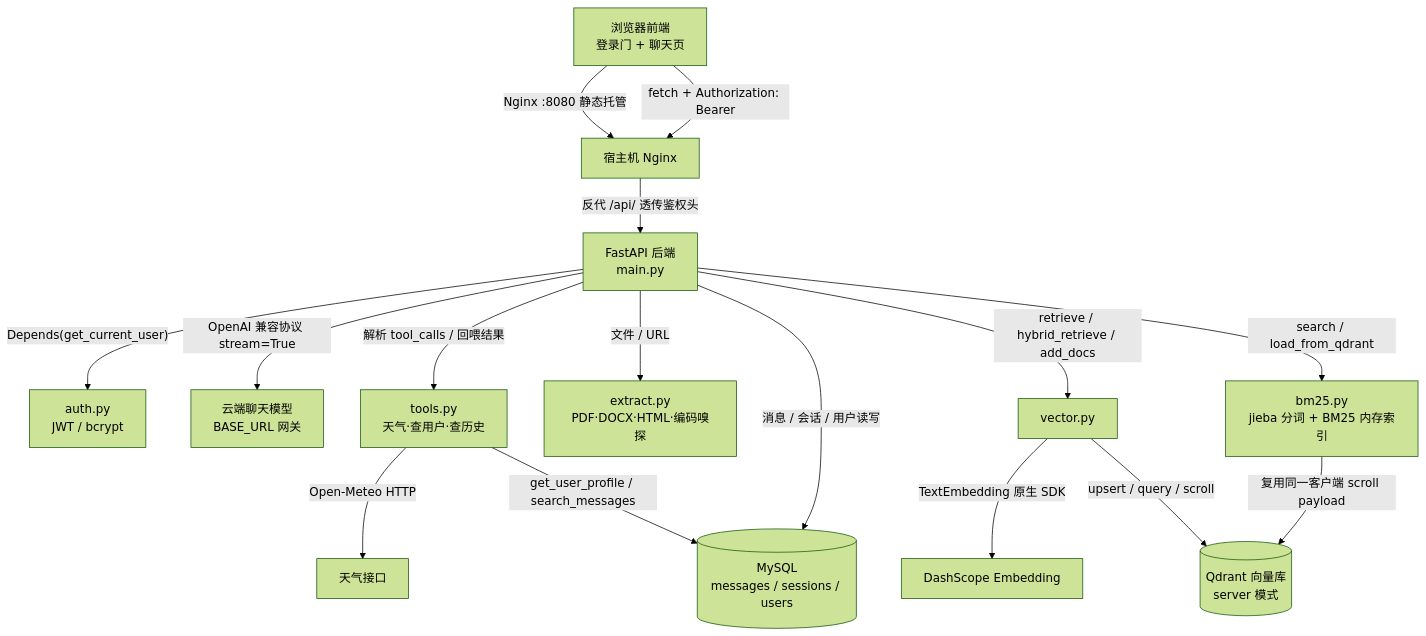
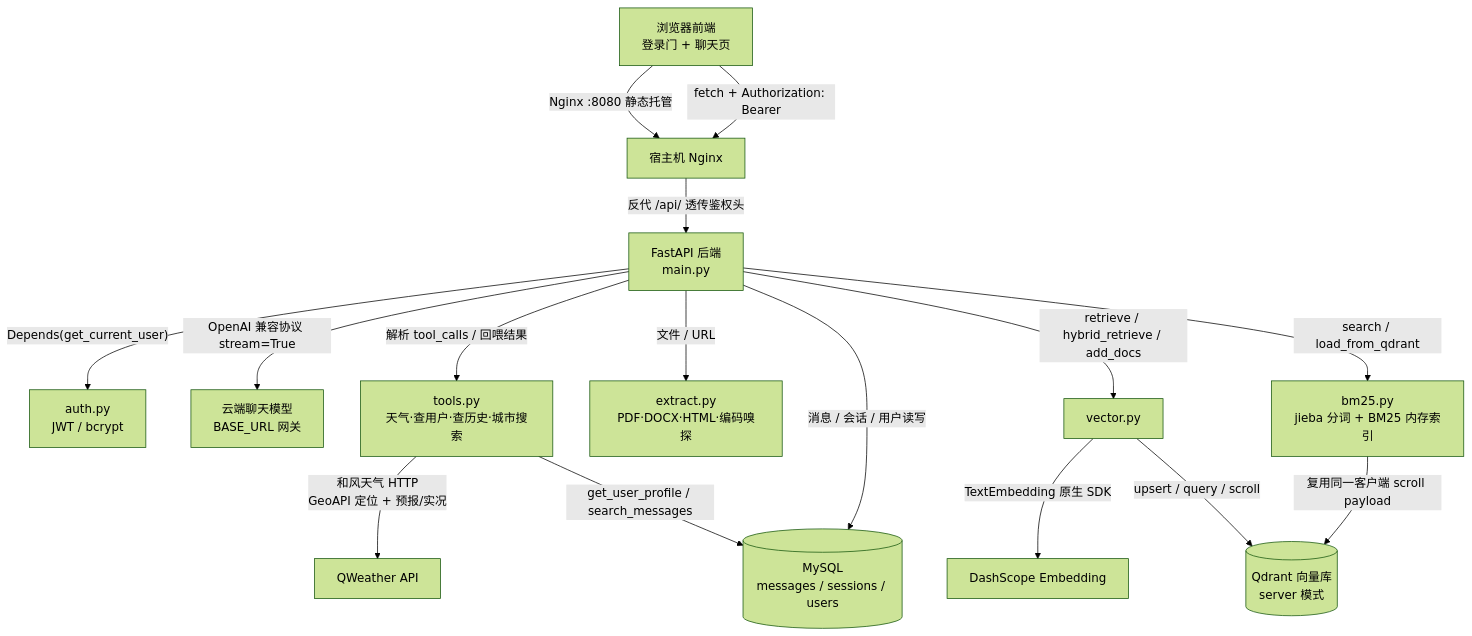
The diagram in README.md (zuoxiangf/mini_qianwen), drawn with Mermaid (forest theme) before and after one commit. The commit also changed other lines of this file and 2 other files, not shown here.

````diff
--- a/README.md
+++ b/README.md
@@ -46,18 +47,18 @@
 ```mermaid
 graph TB
     A[浏览器前端<br/>登录门 + 聊天页] -->|Nginx :8080 静态托管| N[宿主机 Nginx]
     A -->|"fetch + Authorization: Bearer"| N
     N -->|反代 /api/ 透传鉴权头| B[FastAPI 后端<br/>main.py]
     B -->|"Depends(get_current_user)"| AU[auth.py<br/>JWT / bcrypt]
     B -->|OpenAI 兼容协议 stream=True| C[云端聊天模型<br/>BASE_URL 网关]
-    B -->|解析 tool_calls / 回喂结果| TL[tools.py<br/>天气·查用户·查历史]
-    TL -->|Open-Meteo HTTP| WX[天气接口]
+    B -->|解析 tool_calls / 回喂结果| TL[tools.py<br/>天气·查用户·查历史·城市搜索]
+    TL -->|和风天气 HTTP<br/>GeoAPI 定位 + 预报/实况| WX[QWeather API]
     TL -->|get_user_profile / search_messages| D
     B -->|消息 / 会话 / 用户读写| D[(MySQL<br/>messages / sessions / users)]
     B -->|文件 / URL| EX[extract.py<br/>PDF·DOCX·HTML·编码嗅探]
     B -->|retrieve / hybrid_retrieve / add_docs| E[vector.py]
     B -->|search / load_from_qdrant| BM[bm25.py<br/>jieba 分词 + BM25 内存索引]
     E -->|TextEmbedding 原生 SDK| F[DashScope Embedding]
     E -->|upsert / query / scroll| G[(Qdrant 向量库<br/>server 模式)]
     BM -->|复用同一客户端 scroll payload| G
 ```
````
